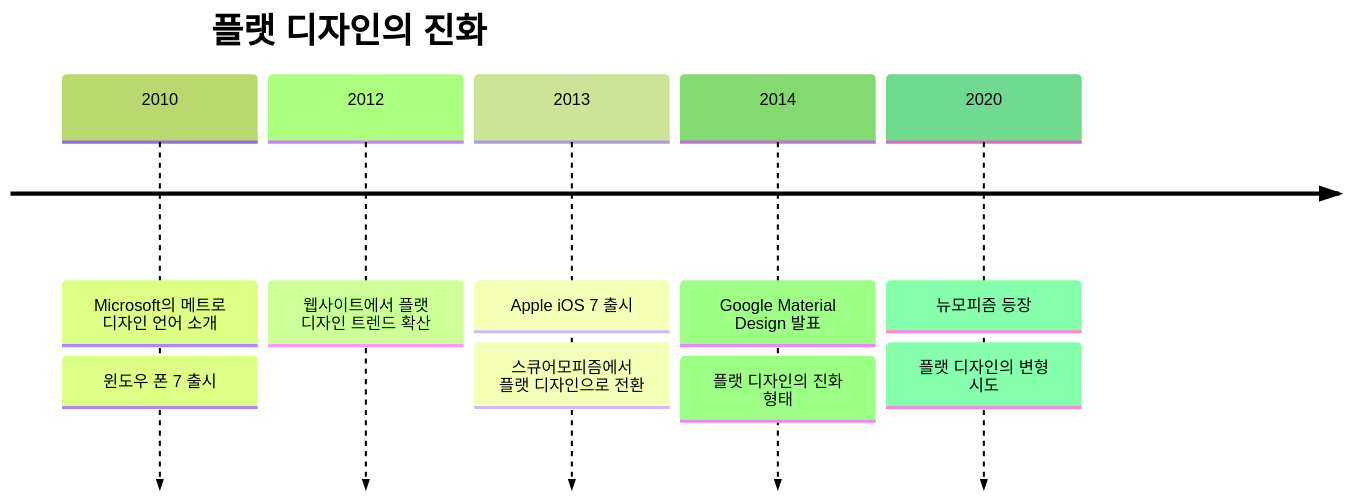
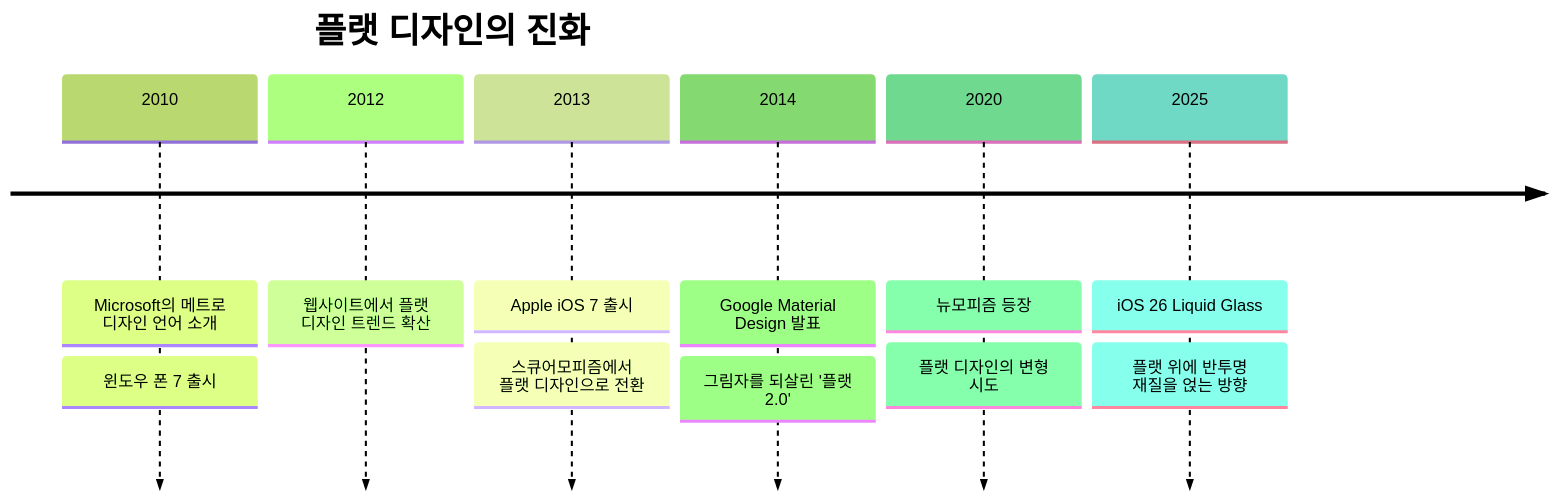
One commit to saejinpark/saejinpark.github.io changed the diagram in _posts/design/style/2024-08-25-flatDesign.md. Above: the diagram before and after it, drawn with Mermaid (forest theme). The commit also changed other lines of this file and 23 other files, not shown here.

```diff
--- a/_posts/design/style/2024-08-25-flatDesign.md
+++ b/_posts/design/style/2024-08-25-flatDesign.md
@@ -29,13 +39,15 @@
 <div class="mermaid">
 timeline
   title 플랫 디자인의 진화
   2010 : Microsoft의 메트로 디자인 언어 소개
        : 윈도우 폰 7 출시
   2012 : 웹사이트에서 플랫 디자인 트렌드 확산
   2013 : Apple iOS 7 출시
        : 스큐어모피즘에서 플랫 디자인으로 전환
   2014 : Google Material Design 발표
-       : 플랫 디자인의 진화 형태
+       : 그림자를 되살린 '플랫 2.0'
   2020 : 뉴모피즘 등장
        : 플랫 디자인의 변형 시도
+  2025 : iOS 26 Liquid Glass
+       : 플랫 위에 반투명 재질을 얹는 방향
 </div>
```
